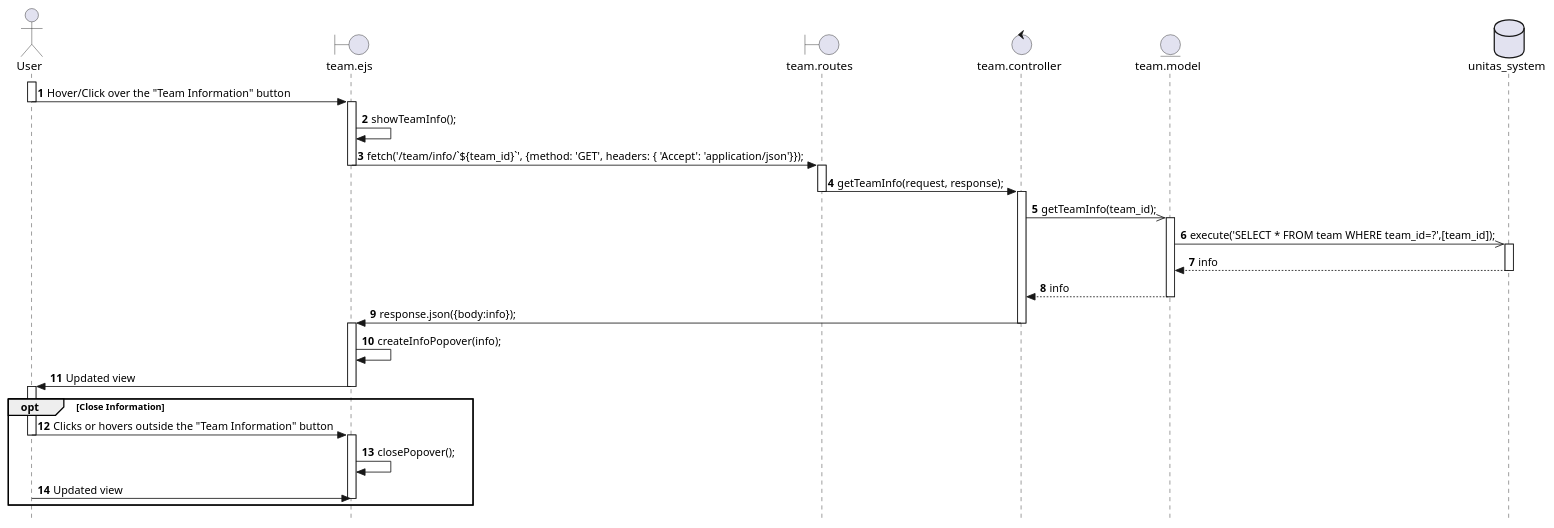
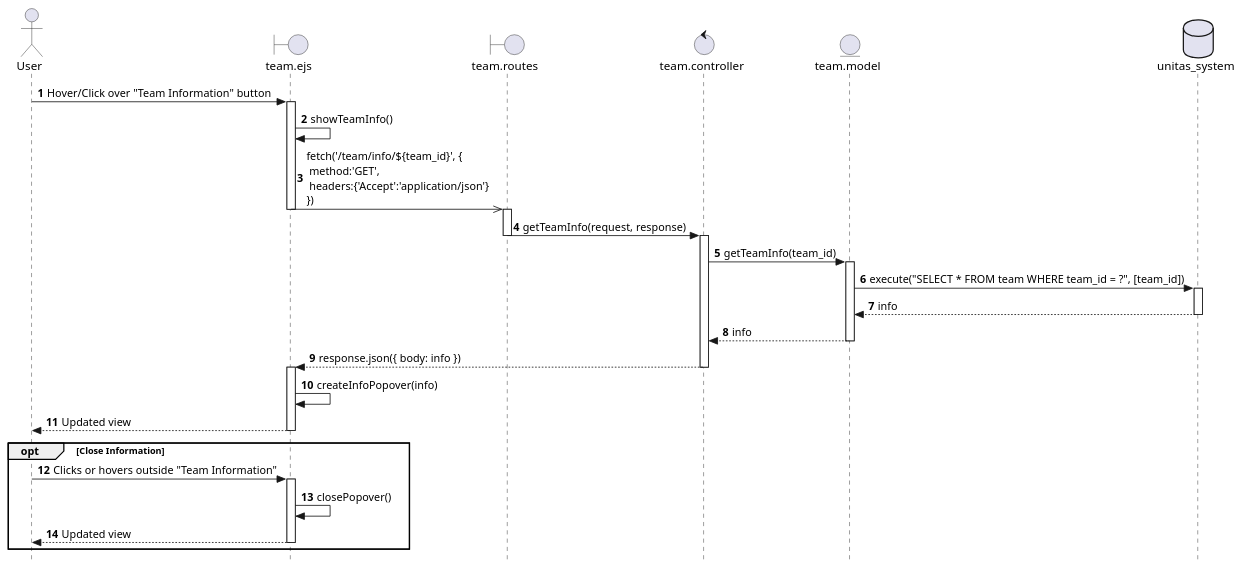
The diagram in documentation/sequence_diagrams/TEAM-04-SD.puml (Berthou05/LimboSoftwareDevelopment_Change.org), drawn with PlantUML before and after one commit. The commit also changed 17 other files, not shown here.

```diff
--- a/documentation/sequence_diagrams/TEAM-04-SD.puml
+++ b/documentation/sequence_diagrams/TEAM-04-SD.puml
@@ -1,50 +1,48 @@
 @startuml
 skinparam style strictuml
 
 actor User as U
 boundary "team.ejs" as V
 boundary "team.routes" as RO
 control "team.controller" as C
 entity "team.model" as T
 database "unitas_system" as BD
 
 autonumber
 
-activate U
-U->V: Hover/Click over the "Team Information" button
-deactivate U
+U -> V: Hover/Click over "Team Information" button
+activate V
+V -> V: showTeamInfo()
+V ->> RO: fetch('/team/info/${team_id}', {\n method:'GET',\n headers:{'Accept':'application/json'}\n})
+deactivate V
+
+activate RO
+RO -> C: getTeamInfo(request, response)
+deactivate RO
+
+activate C
+C -> T: getTeamInfo(team_id)
+activate T
+T -> BD: execute("SELECT * FROM team WHERE team_id = ?", [team_id])
+activate BD
+BD --> T: info
+deactivate BD
+T --> C: info
+deactivate T
+C --> V: response.json({ body: info })
+deactivate C
+
+activate V
+V -> V: createInfoPopover(info)
+V --> U: Updated view
+deactivate V
+
+opt Close Information
+    U -> V: Clicks or hovers outside "Team Information"
     activate V
-    V->V: showTeamInfo();
-    V->RO: fetch('/team/info/`${team_id}`', {method: 'GET', headers: { 'Accept': 'application/json'}});
-    deactivate V
-        activate RO
-        RO->C:getTeamInfo(request, response);
-        deactivate RO
-            activate C
-            C->>T: getTeamInfo(team_id);
-                activate T
-                T->>BD: execute('SELECT * FROM team WHERE team_id=?',[team_id]);
-                    activate BD
-                    BD-->T:info
-                    deactivate BD
-                T-->C:info
-                deactivate T
-            C->V: response.json({body:info});
-            deactivate C
-    activate V
-    V->V: createInfoPopover(info);
-    V->U: Updated view
-    deactivate V
-
-activate U
-opt Close Information
-U->V: Clicks or hovers outside the "Team Information" button
-deactivate U
-    activate V
-    V->V: closePopover();
-    U->V: Updated view
+    V -> V: closePopover()
+    V --> U: Updated view
     deactivate V
 end
-    
 
 @enduml
```
